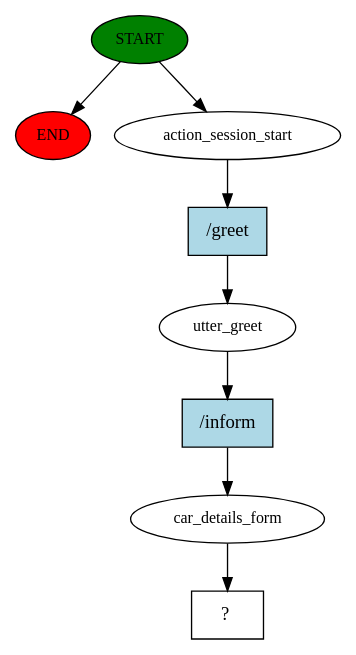
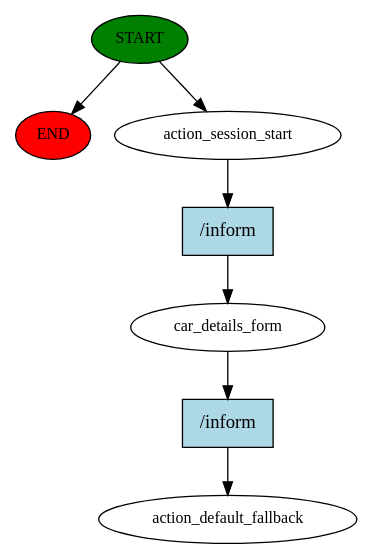
One commit to anandmk123/Car_Project changed the diagram in Price_prediction/story_graph.dot. Above: the diagram before and after it, drawn with Graphviz. The commit also changed 269 other files, not shown here.

```diff
--- a/Price_prediction/story_graph.dot
+++ b/Price_prediction/story_graph.dot
@@ -1,17 +1,15 @@
 digraph  {
 0 [class="start active", fillcolor=green, fontsize=12, label=START, style=filled];
 "-1" [class=end, fillcolor=red, fontsize=12, label=END, style=filled];
 1 [class=active, fontsize=12, label=action_session_start];
-2 [class=active, fontsize=12, label=utter_greet];
-3 [class=active, fontsize=12, label=car_details_form];
-4 [class="intent dashed active", label="  ?  ", shape=rect];
-5 [class="intent active", fillcolor=lightblue, label="/greet", shape=rect, style=filled];
-6 [class="intent active", fillcolor=lightblue, label="/inform", shape=rect, style=filled];
+2 [class=active, fontsize=12, label=car_details_form];
+3 [class="dashed active", fontsize=12, label=action_default_fallback];
+4 [class="intent active", fillcolor=lightblue, label="/inform", shape=rect, style=filled];
+5 [class="intent active", fillcolor=lightblue, label="/inform", shape=rect, style=filled];
 0 -> "-1"  [class="", key=NONE, label=""];
 0 -> 1  [class=active, key=NONE, label=""];
-1 -> 5  [class=active, key=0];
-2 -> 6  [class=active, key=0];
-3 -> 4  [class=active, key=NONE, label=""];
-5 -> 2  [class=active, key=0];
-6 -> 3  [class=active, key=0];
+1 -> 4  [class=active, key=0];
+2 -> 5  [class=active, key=0];
+4 -> 2  [class=active, key=0];
+5 -> 3  [class=active, key=0];
 }
```
